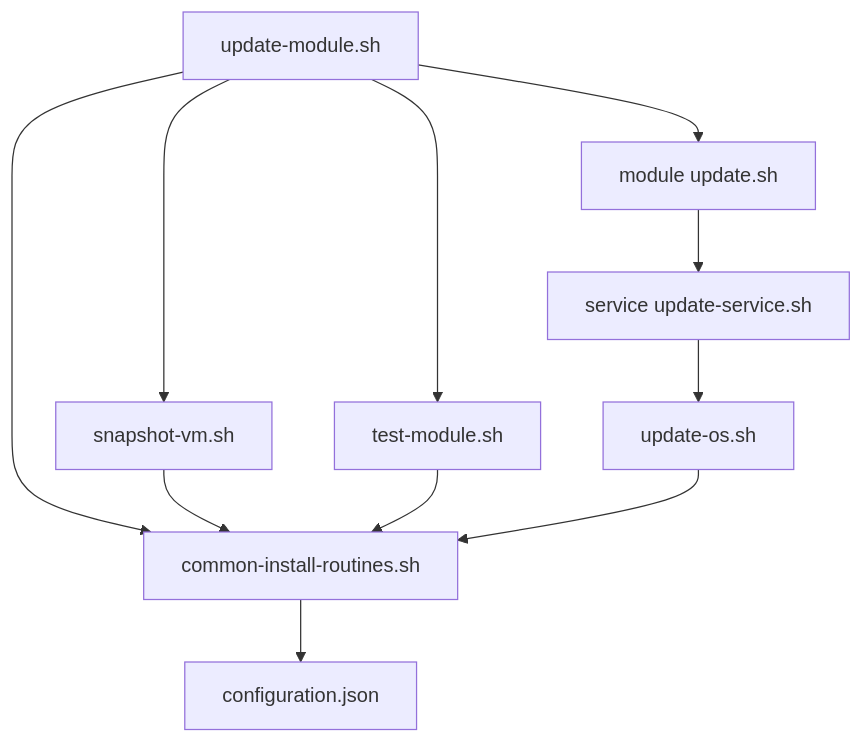
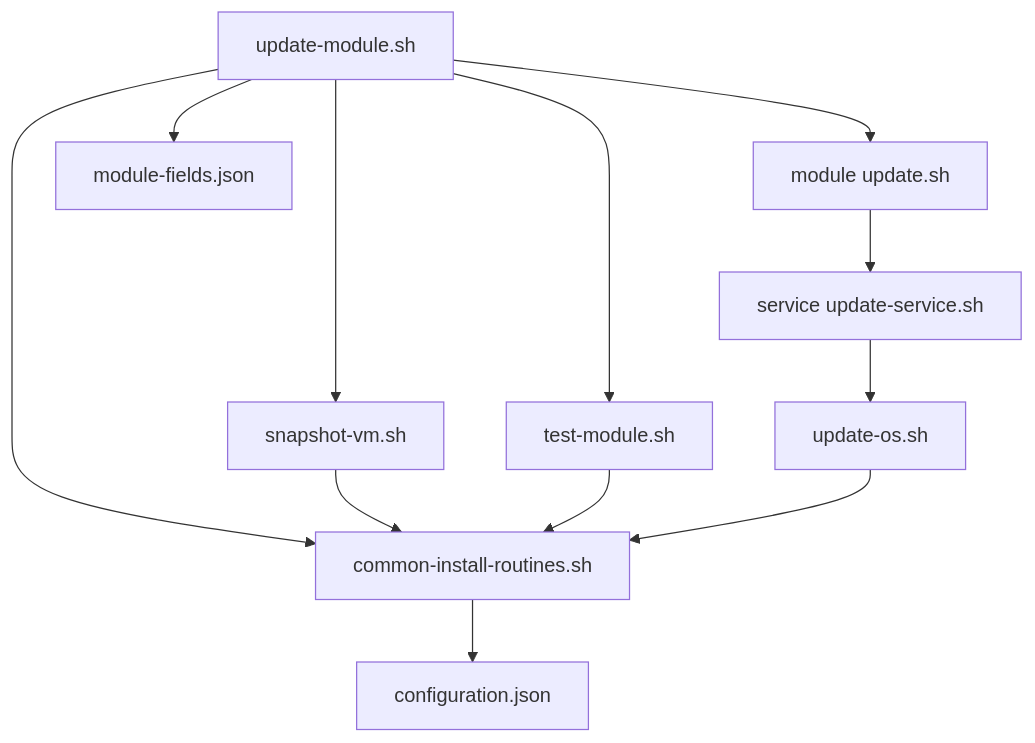
Before and after one commit to TAPPaaS/TAPPaaS: the second of 13 diagrams in src/foundation/DEPENDENCIES.md, drawn with Mermaid. The commit also changed other lines of this file and 11 other files, not shown here.

````diff
--- a/src/foundation/DEPENDENCIES.md
+++ b/src/foundation/DEPENDENCIES.md
@@ -160,13 +182,14 @@
 ```mermaid
 graph TD
     A["update-module.sh"] --> B["common-install-routines.sh"]
     A --> C["snapshot-vm.sh"]
     A --> D["test-module.sh"]
     A --> E["module update.sh"]
+    A --> F["module-fields.json"]
     C --> B
     D --> B
-    E --> F["service update-service.sh"]
-    F --> G["update-os.sh"]
-    G --> B
-    B --> H["configuration.json"]
+    E --> G["service update-service.sh"]
+    G --> H["update-os.sh"]
+    H --> B
+    B --> I["configuration.json"]
 ```
````
